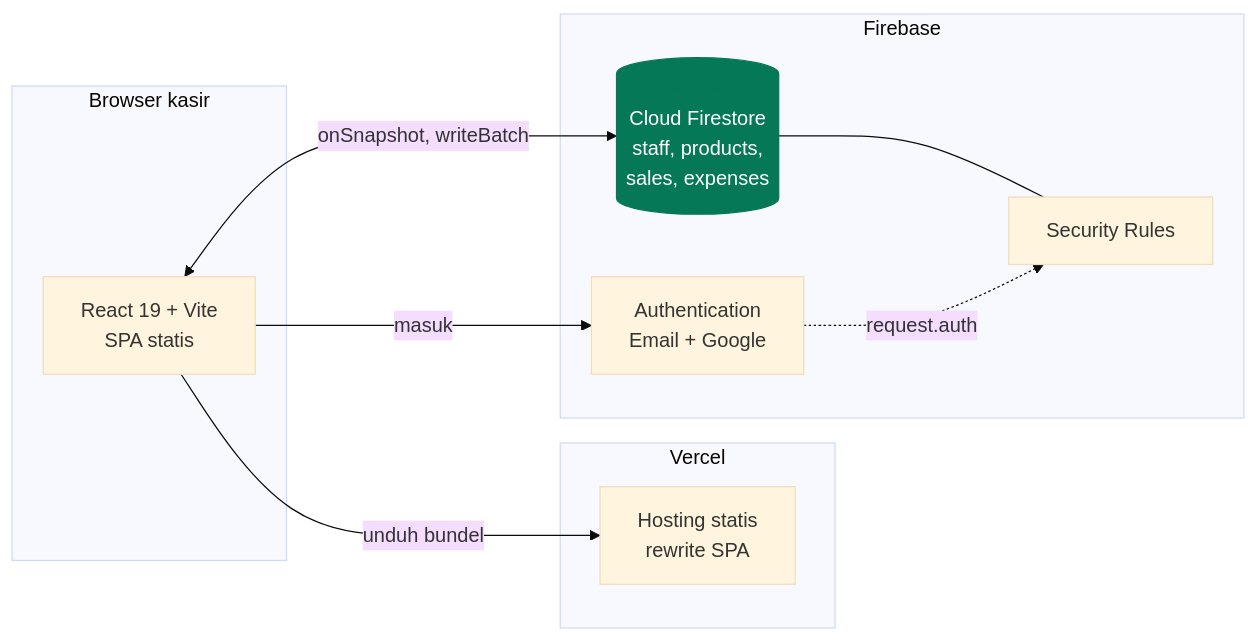
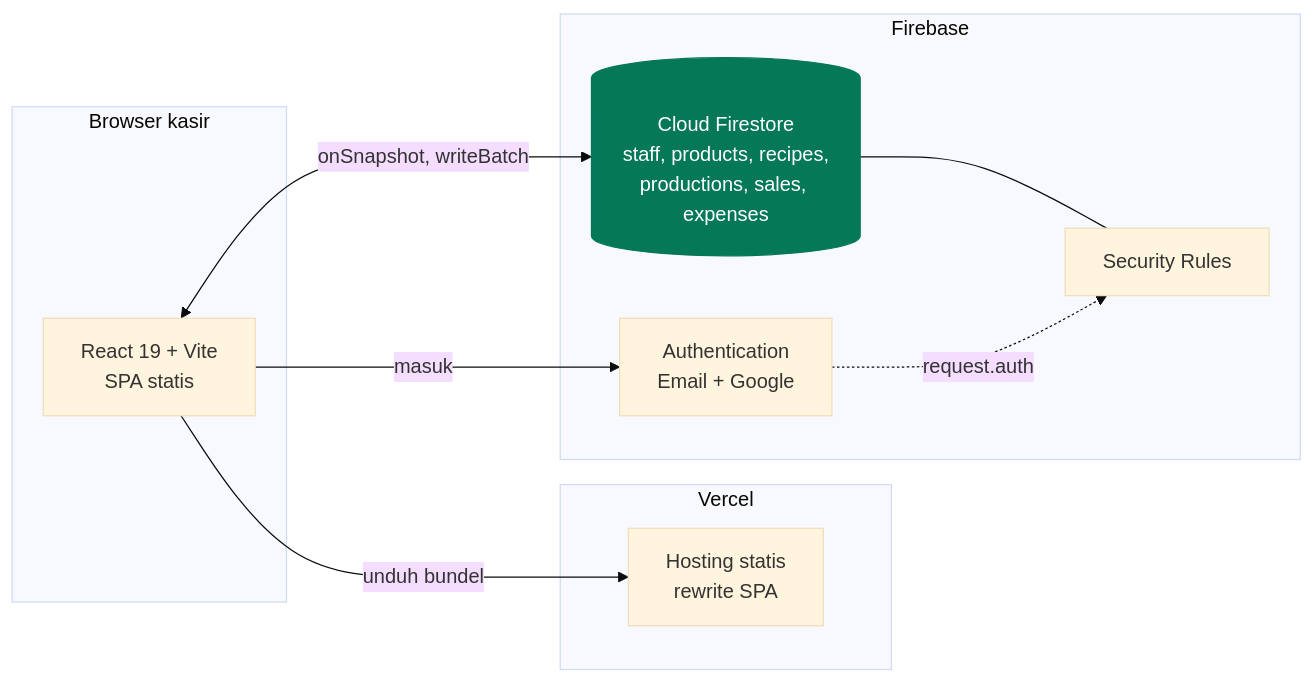
Before and after one commit to nadhimc/simple-pos-kkn-agung: the diagram in docs/README.md, drawn with Mermaid (base theme). The commit also changed other lines of this file and 6 other files, not shown here.

````diff
--- a/docs/README.md
+++ b/docs/README.md
@@ -24,25 +25,25 @@
 ```mermaid
 flowchart LR
   subgraph browser["Browser kasir"]
     UI["React 19 + Vite<br/>SPA statis"]
   end
 
   subgraph vercel["Vercel"]
     CDN["Hosting statis<br/>rewrite SPA"]
   end
 
   subgraph firebase["Firebase"]
     AUTH["Authentication<br/>Email + Google"]
-    FS[("Cloud Firestore<br/>staff, products,<br/>sales, expenses")]
+    FS[("Cloud Firestore<br/>staff, products, recipes,<br/>productions, sales, expenses")]
     RULES["Security Rules"]
   end
 
   UI -->|"unduh bundel"| CDN
   UI -->|"masuk"| AUTH
   UI <-->|"onSnapshot, writeBatch"| FS
   FS --- RULES
   AUTH -.->|"request.auth"| RULES
 
   classDef store fill:#047857,stroke:#047857,color:#ffffff
   class FS store
 ```
````
